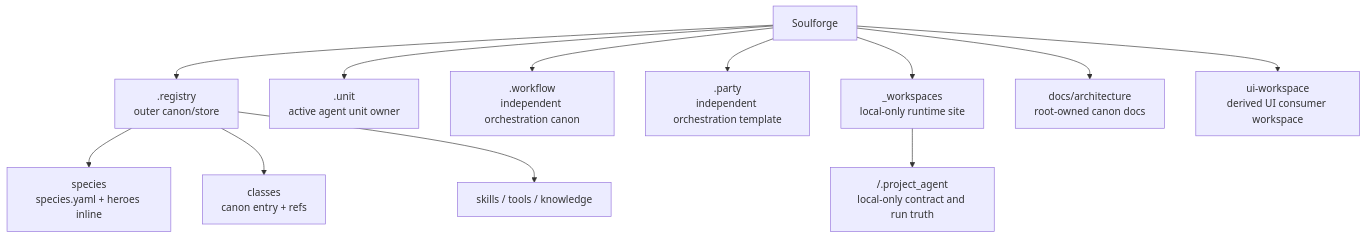
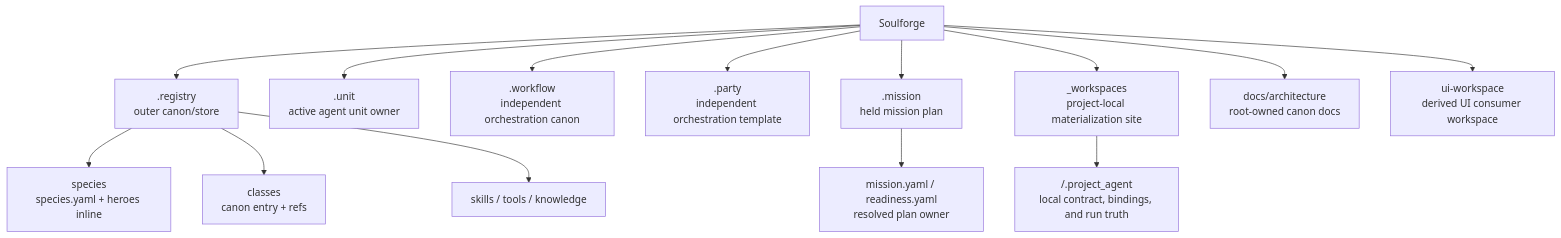
Before and after one commit to SungYongMOON/soulforge: the diagram in README.md, drawn with Mermaid. The commit also changed other lines of this file and 27 other files, not shown here.

````diff
--- a/README.md
+++ b/README.md
@@ -17,14 +18,16 @@
 ```mermaid
 flowchart TD
   S["Soulforge"] --> R[".registry<br/>outer canon/store"]
   R --> RS["species<br/>species.yaml + heroes inline"]
   R --> RC["classes<br/>canon entry + refs"]
   R --> RK["skills / tools / knowledge"]
   S --> U[".unit<br/>active agent unit owner"]
   S --> W[".workflow<br/>independent orchestration canon"]
   S --> P[".party<br/>independent orchestration template"]
-  S --> M["_workspaces<br/>local-only runtime site"]
+  S --> MI[".mission<br/>held mission plan"]
+  S --> M["_workspaces<br/>project-local materialization site"]
   S --> D["docs/architecture<br/>root-owned canon docs"]
   S --> UI["ui-workspace<br/>derived UI consumer workspace"]
-  M --> PA["<project_code>/.project_agent<br/>local-only contract and run truth"]
+  MI --> MP["mission.yaml / readiness.yaml<br/>resolved plan owner"]
+  M --> PA["<project_code>/.project_agent<br/>local contract, bindings, and run truth"]
 ```
````
